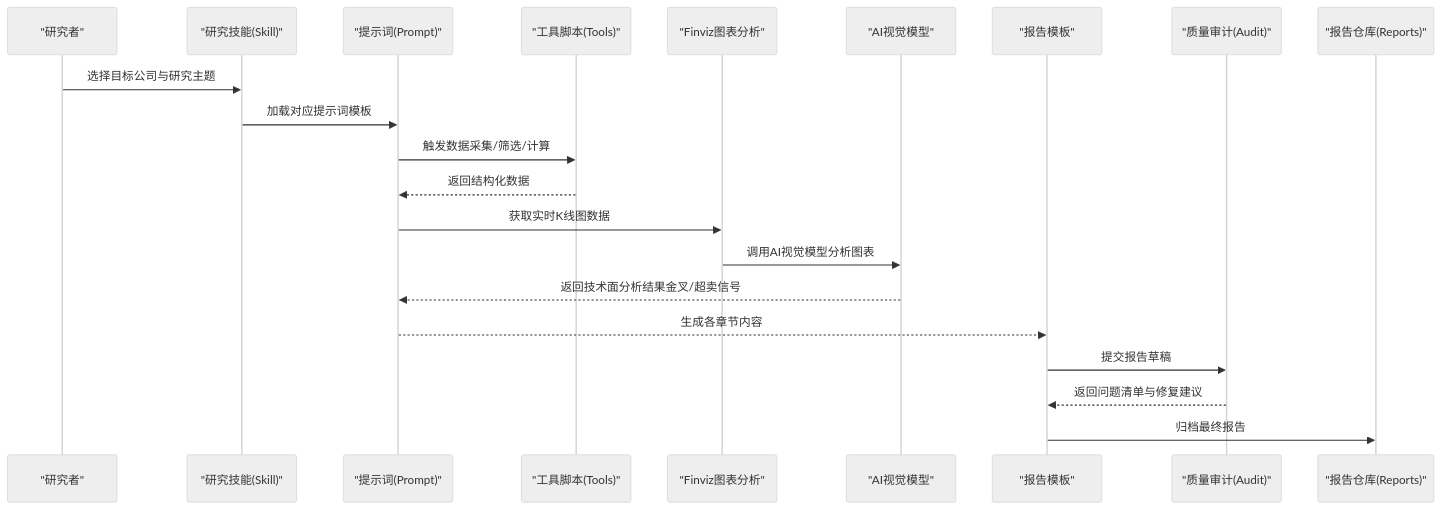
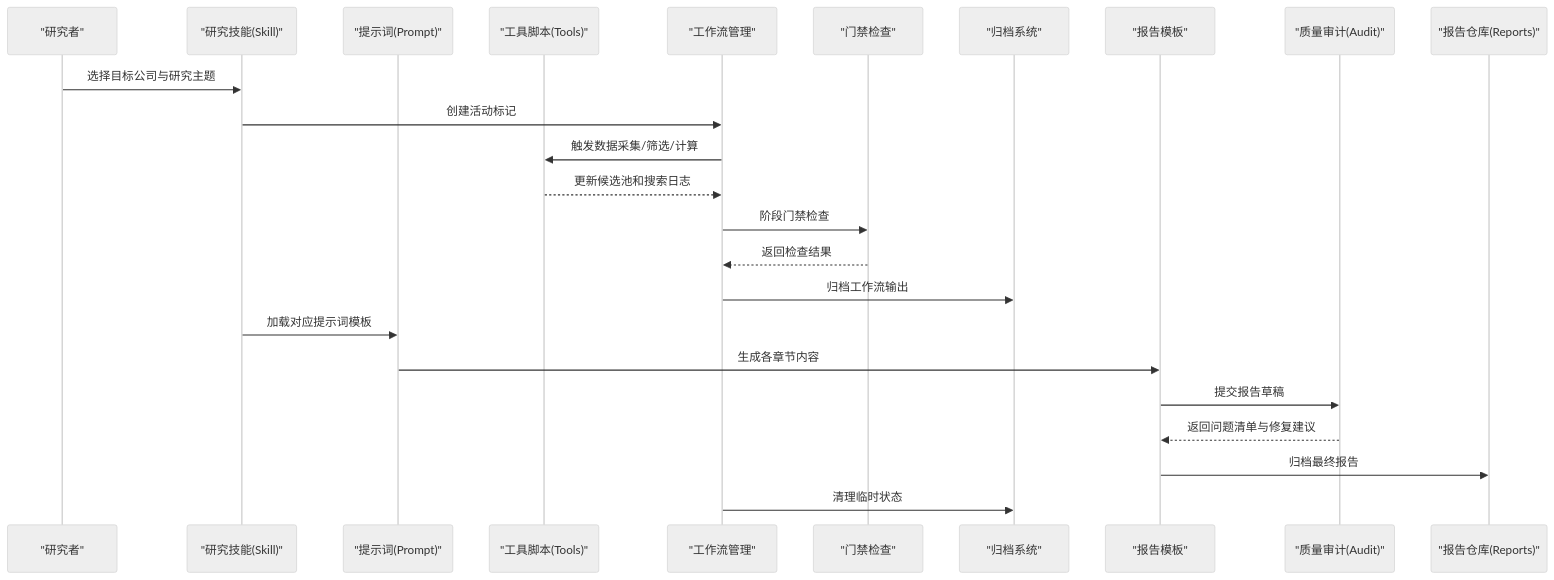
The second of 9 diagrams in .qoder/repowiki/zh/content/报告生成系统/报告生成系统.md (Ted-Engineer/ai-berkshire), drawn with Mermaid (neutral theme) before and after one commit. The commit also changed other lines of this file and 76 other files, not shown here.

````diff
--- a/.qoder/repowiki/zh/content/报告生成系统/报告生成系统.md
+++ b/.qoder/repowiki/zh/content/报告生成系统/报告生成系统.md
@@ -167,23 +183,26 @@
 ```mermaid
 sequenceDiagram
 participant User as "研究者"
 participant Skill as "研究技能(Skill)"
 participant Prompt as "提示词(Prompt)"
 participant Tool as "工具脚本(Tools)"
-participant Finviz as "Finviz图表分析"
-participant Vision as "AI视觉模型"
+participant Workflow as "工作流管理"
+participant Gate as "门禁检查"
+participant Archive as "归档系统"
 participant Template as "报告模板"
 participant Audit as "质量审计(Audit)"
 participant Repo as "报告仓库(Reports)"
 User->>Skill : 选择目标公司与研究主题
+Skill->>Workflow : 创建活动标记
+Workflow->>Tool : 触发数据采集/筛选/计算
+Tool-->>Workflow : 更新候选池和搜索日志
+Workflow->>Gate : 阶段门禁检查
+Gate-->>Workflow : 返回检查结果
+Workflow->>Archive : 归档工作流输出
 Skill->>Prompt : 加载对应提示词模板
-Prompt->>Tool : 触发数据采集/筛选/计算
-Tool-->>Prompt : 返回结构化数据
-Prompt->>Finviz : 获取实时K线图数据
-Finviz->>Vision : 调用AI视觉模型分析图表
-Vision-->>Prompt : 返回技术面分析结果金叉/超卖信号
-Prompt-->>Template : 生成各章节内容
+Prompt->>Template : 生成各章节内容
 Template->>Audit : 提交报告草稿
 Audit-->>Template : 返回问题清单与修复建议
 Template->>Repo : 归档最终报告
+Workflow->>Archive : 清理临时状态
 ```
````
